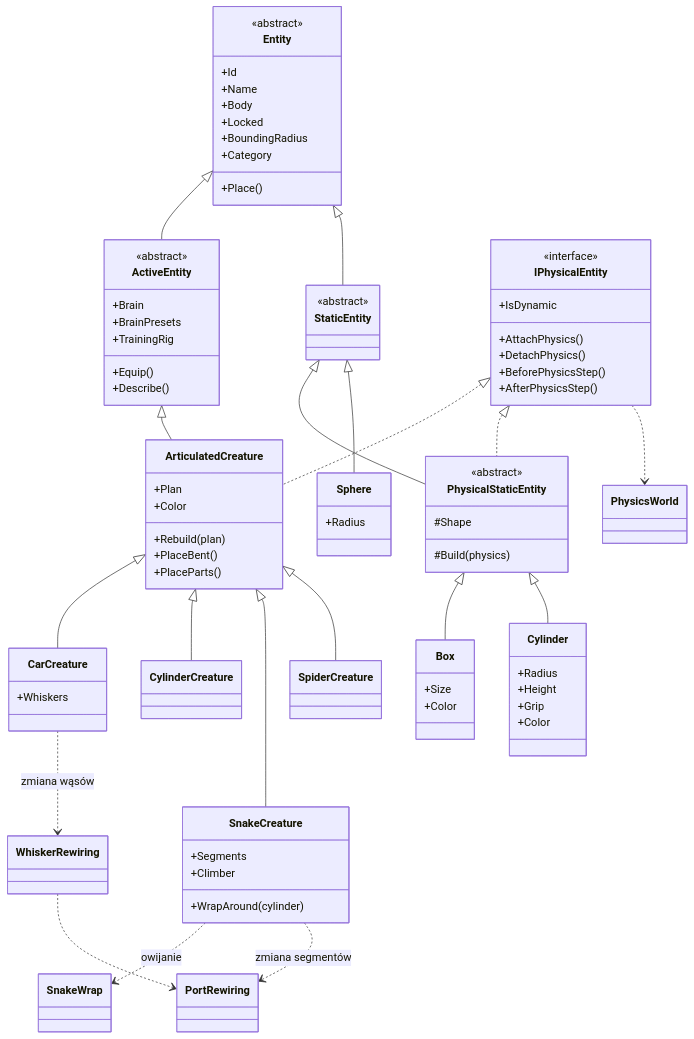
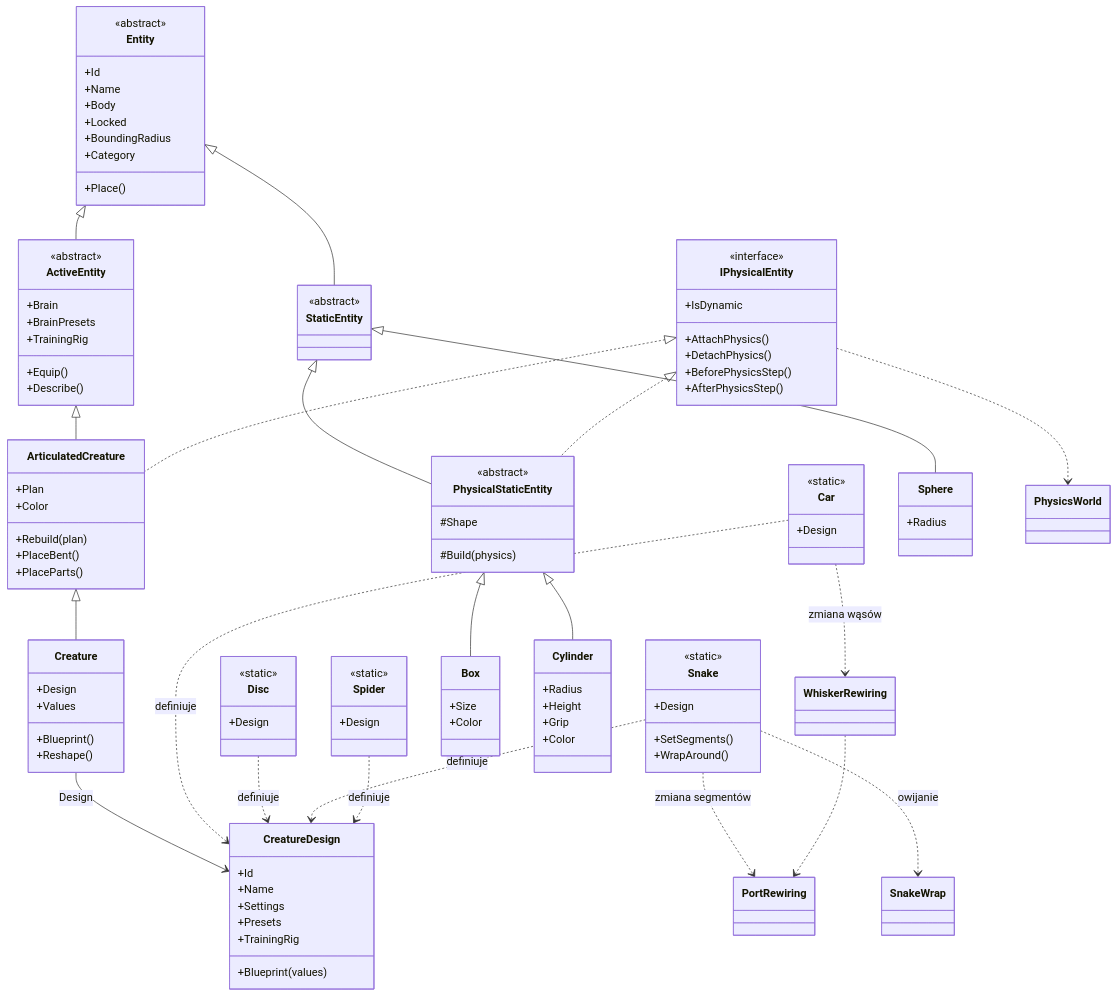
One commit to Logos7/Animata changed the fourth of 15 diagrams in docs/mapa-kodu.md. Above: the diagram before and after it, drawn with Mermaid. The commit also changed other lines of this file and 13 other files, not shown here.

````diff
--- a/docs/mapa-kodu.md
+++ b/docs/mapa-kodu.md
@@ -282,16 +284,38 @@
     +PlaceBent()
     +PlaceParts()
   }
-  class CarCreature {
-    +Whiskers
+  class Creature {
+    +Design
+    +Values
+    +Blueprint()
+    +Reshape()
   }
-  class CylinderCreature
-  class SnakeCreature {
-    +Segments
-    +Climber
-    +WrapAround(cylinder)
+  class CreatureDesign {
+    +Id
+    +Name
+    +Blueprint(values)
+    +Settings
+    +Presets
+    +TrainingRig
   }
-  class SpiderCreature
+  class Car {
+    <<static>>
+    +Design
+  }
+  class Disc {
+    <<static>>
+    +Design
+  }
+  class Snake {
+    <<static>>
+    +Design
+    +SetSegments()
+    +WrapAround()
+  }
+  class Spider {
+    <<static>>
+    +Design
+  }
   class Box {
     +Size
     +Color
@@ -309,10 +333,12 @@
   Entity <|-- ActiveEntity
   Entity <|-- StaticEntity
   ActiveEntity <|-- ArticulatedCreature
-  ArticulatedCreature <|-- CarCreature
-  ArticulatedCreature <|-- CylinderCreature
-  ArticulatedCreature <|-- SnakeCreature
-  ArticulatedCreature <|-- SpiderCreature
+  ArticulatedCreature <|-- Creature
+  Creature --> CreatureDesign : Design
+  Car ..> CreatureDesign : definiuje
+  Disc ..> CreatureDesign : definiuje
+  Snake ..> CreatureDesign : definiuje
+  Spider ..> CreatureDesign : definiuje
   StaticEntity <|-- PhysicalStaticEntity
   StaticEntity <|-- Sphere
   PhysicalStaticEntity <|-- Box
@@ -320,8 +346,8 @@
   IPhysicalEntity <|.. ArticulatedCreature
   IPhysicalEntity <|.. PhysicalStaticEntity
   IPhysicalEntity ..> PhysicsWorld
-  SnakeCreature ..> SnakeWrap : owijanie
-  SnakeCreature ..> PortRewiring : zmiana segmentów
-  CarCreature ..> WhiskerRewiring : zmiana wąsów
+  Snake ..> SnakeWrap : owijanie
+  Snake ..> PortRewiring : zmiana segmentów
+  Car ..> WhiskerRewiring : zmiana wąsów
   WhiskerRewiring ..> PortRewiring
 ```
````
